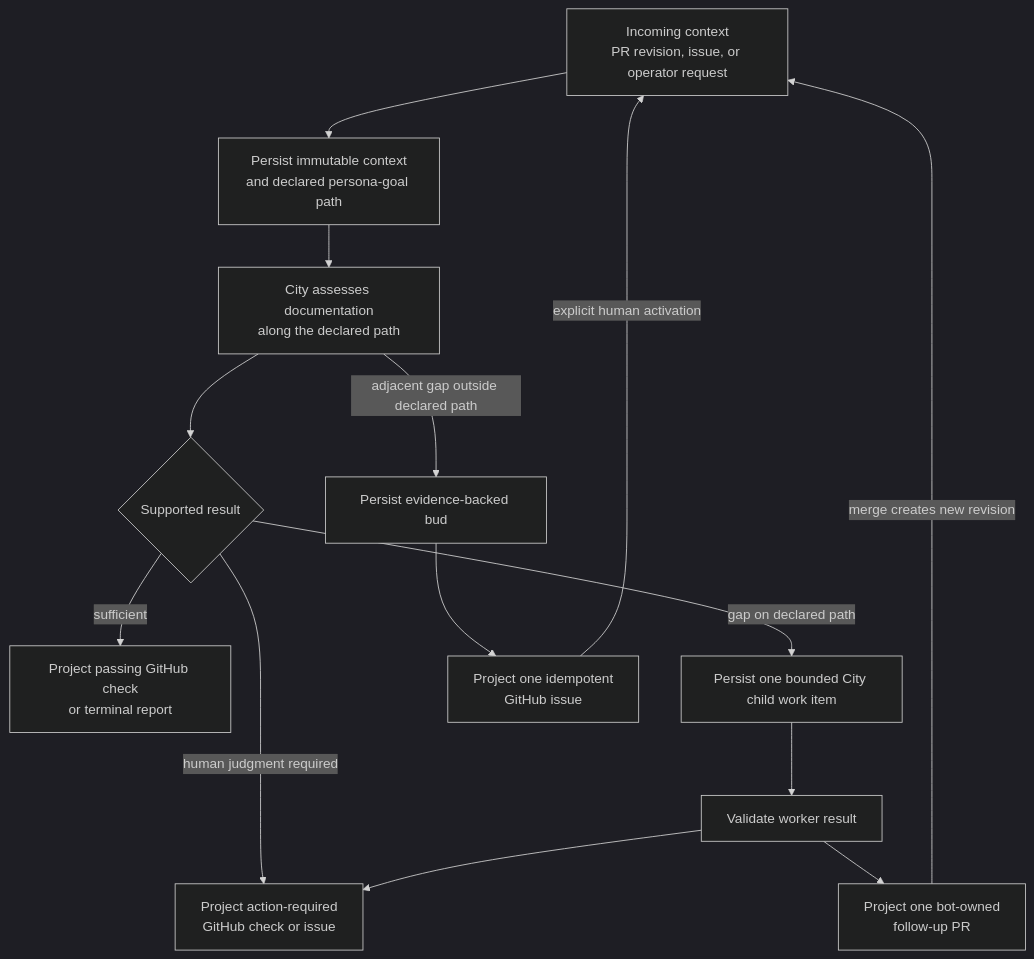
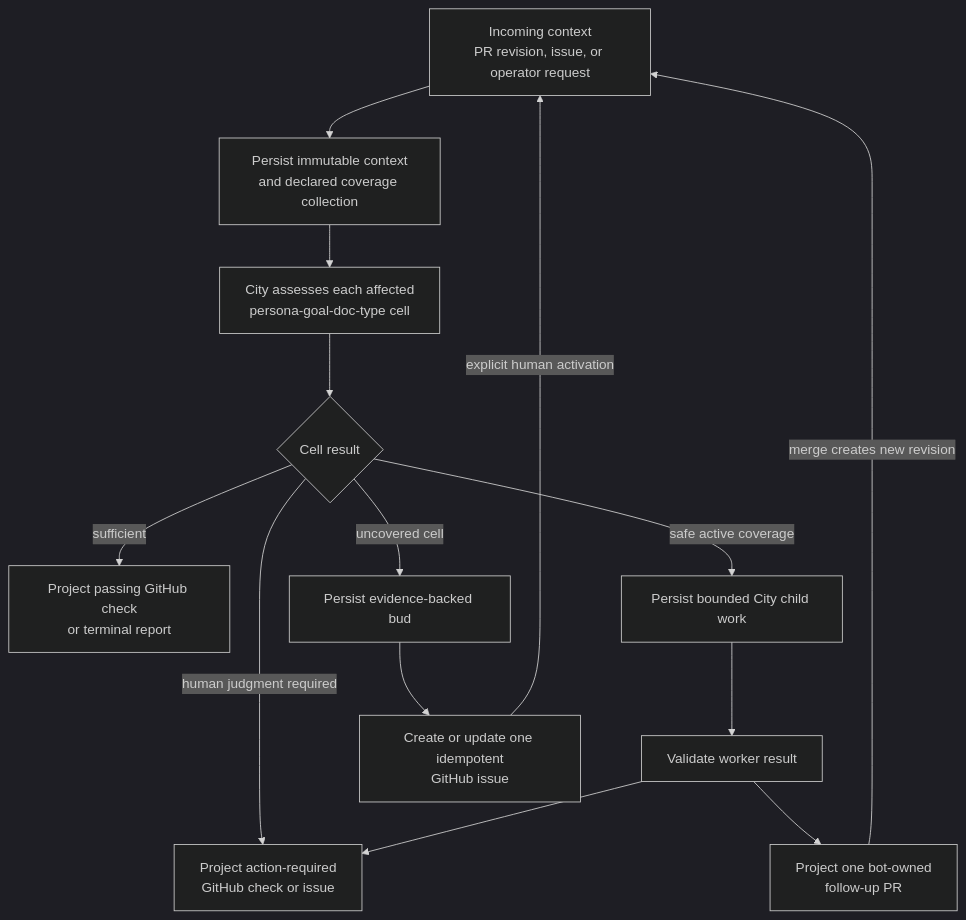
The first of 2 diagrams in docs/superpowers/specs/2026-09-04-single-docs-recursion-design.md (allenday/gascity-compose), drawn with Mermaid (dark theme) before and after one commit. The commit also changed other lines of this file and 1 other file, not shown here.

Commit message:
docs: require observable coverage buds

````diff
--- a/docs/superpowers/specs/2026-09-04-single-docs-recursion-design.md
+++ b/docs/superpowers/specs/2026-09-04-single-docs-recursion-design.md
@@ -15,19 +15,19 @@
 ```mermaid
 flowchart TD
-  IN[Incoming context<br/>PR revision, issue, or operator request] --> SNAP[Persist immutable context<br/>and declared persona-goal path]
-  SNAP --> ASSESS[City assesses documentation<br/>along the declared path]
-  ASSESS --> DECIDE{Supported result}
+  IN[Incoming context<br/>PR revision, issue, or operator request] --> SNAP[Persist immutable context<br/>and declared coverage collection]
+  SNAP --> ASSESS[City assesses each affected<br/>persona-goal-doc-type cell]
+  ASSESS --> DECIDE{Cell result}
 
   DECIDE -->|sufficient| PASS[Project passing GitHub check<br/>or terminal report]
   DECIDE -->|human judgment required| REVIEW[Project action-required<br/>GitHub check or issue]
-  DECIDE -->|gap on declared path| WORK[Persist one bounded City child work item]
+  DECIDE -->|safe active coverage| WORK[Persist bounded City child work]
   WORK --> RESULT[Validate worker result]
   RESULT --> PR[Project one bot-owned<br/>follow-up PR]
   RESULT --> REVIEW
 
-  ASSESS -->|adjacent gap outside declared path| BUD[Persist evidence-backed bud]
-  BUD --> ISSUE[Project one idempotent<br/>GitHub issue]
+  DECIDE -->|uncovered cell| BUD[Persist evidence-backed bud]
+  BUD --> ISSUE[Create or update one idempotent<br/>GitHub issue]
   ISSUE -->|explicit human activation| IN
 
   PR -->|merge creates new revision| IN
 ```
````
